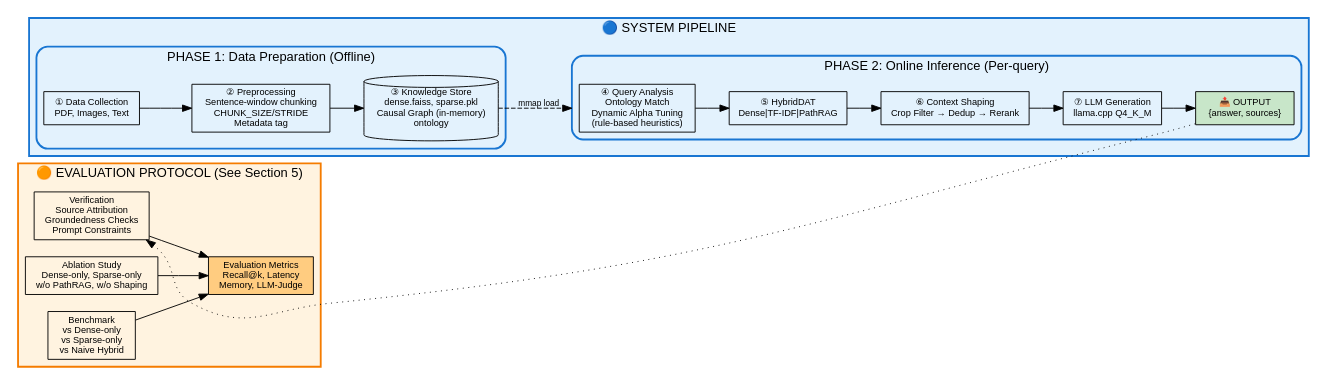
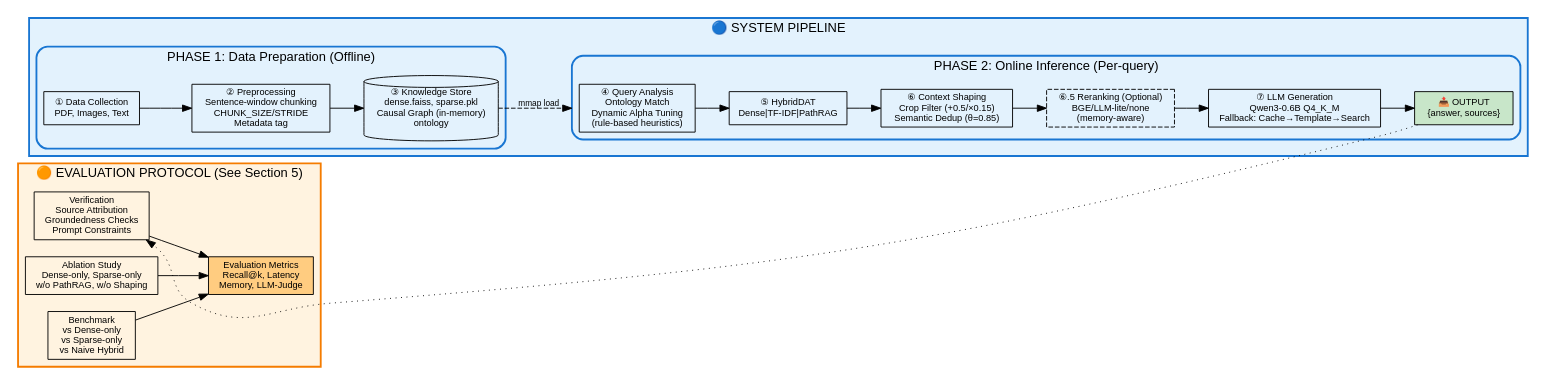
Before and after one commit to NAMUORI00/smartfarm-workspace: the first of 2 diagrams in docs/era-smartfarm-rag/paper/figures/ARCHITECTURE_FIGURE_DESIGN.md, drawn with Graphviz. The commit also changed other lines of this file and 2 other files, not shown here.

First line of the commit message:
docs(paper): fix 6 implementation mismatches in Figure 1 architecture

````diff
--- a/docs/era-smartfarm-rag/paper/figures/ARCHITECTURE_FIGURE_DESIGN.md
+++ b/docs/era-smartfarm-rag/paper/figures/ARCHITECTURE_FIGURE_DESIGN.md
@@ -109,69 +117,70 @@
 ```dot
 digraph ERA_SmartFarm_RAG {
     rankdir=LR;
     compound=true;
     fontname="Helvetica";
     node [fontname="Helvetica", fontsize=10];
     edge [fontname="Helvetica", fontsize=9];
     
     // ===== SYSTEM PIPELINE (Blue Lane) =====
     subgraph cluster_system {
         label="🔵 SYSTEM PIPELINE";
         style=filled;
         fillcolor="#E3F2FD";
         color="#1976D2";
         penwidth=2;
         
         // Phase 1: Offline
         subgraph cluster_phase1 {
             label="PHASE 1: Data Preparation (Offline)";
             style=rounded;
             fillcolor="#BBDEFB";
             
             dc [label="① Data Collection\nPDF, Images, Text" shape=box];
             pp [label="② Preprocessing\nSentence-window chunking\nCHUNK_SIZE/STRIDE\nMetadata tag" shape=box];
             ks [label="③ Knowledge Store\ndense.faiss, sparse.pkl\nCausal Graph (in-memory)\nontology" shape=cylinder];
             
             dc -> pp -> ks;
         }
         
         // Phase 2: Online
         subgraph cluster_phase2 {
             label="PHASE 2: Online Inference (Per-query)";
             style=rounded;
             fillcolor="#BBDEFB";
             
             qa [label="④ Query Analysis\nOntology Match\nDynamic Alpha Tuning\n(rule-based heuristics)" shape=box];
             hr [label="⑤ HybridDAT\nDense|TF-IDF|PathRAG" shape=box];
-            cs [label="⑥ Context Shaping\nCrop Filter → Dedup → Rerank" shape=box];
-            llm [label="⑦ LLM Generation\nllama.cpp Q4_K_M" shape=box];
+            cs [label="⑥ Context Shaping\nCrop Filter (+0.5/×0.15)\nSemantic Dedup (θ=0.85)" shape=box];
+            rr [label="⑥.5 Reranking (Optional)\nBGE/LLM-lite/none\n(memory-aware)" shape=box style=dashed];
+            llm [label="⑦ LLM Generation\nQwen3-0.6B Q4_K_M\nFallback: Cache→Template→Search" shape=box];
             out [label="📤 OUTPUT\n{answer, sources}" shape=box style=filled fillcolor="#C8E6C9"];
             
-            qa -> hr -> cs -> llm -> out;
+            qa -> hr -> cs -> rr -> llm -> out;
         }
         
         ks -> qa [style=dashed label="mmap load" lhead=cluster_phase2];
     }
     
     // ===== EVALUATION PROTOCOL (Orange Lane) =====
     subgraph cluster_eval {
         label="🟠 EVALUATION PROTOCOL (See Section 5)";
         style=filled;
         fillcolor="#FFF3E0";
         color="#F57C00";
         penwidth=2;
         
         ver [label="Verification\nSource Attribution\nGroundedness Checks\nPrompt Constraints" shape=box];
         abl [label="Ablation Study\nDense-only, Sparse-only\nw/o PathRAG, w/o Shaping" shape=box];
         bench [label="Benchmark\nvs Dense-only\nvs Sparse-only\nvs Naive Hybrid" shape=box];
         metrics [label="Evaluation Metrics\nRecall@k, Latency\nMemory, LLM-Judge" shape=box style=filled fillcolor="#FFCC80"];
         
         ver -> metrics;
         abl -> metrics;
         bench -> metrics;
     }
     
     // Cross-lane connection (dashed - conceptual)
     out -> ver [style=dotted constraint=false];
 }
 ```
````
